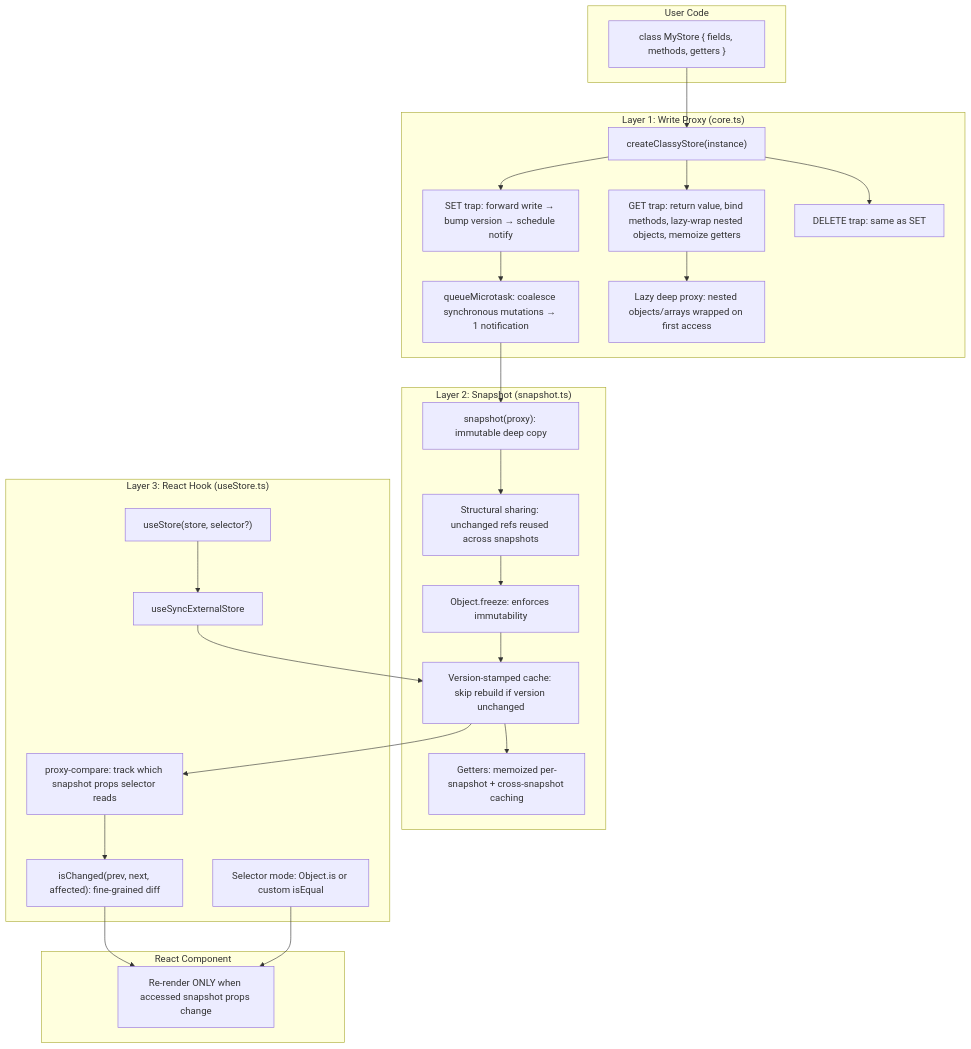
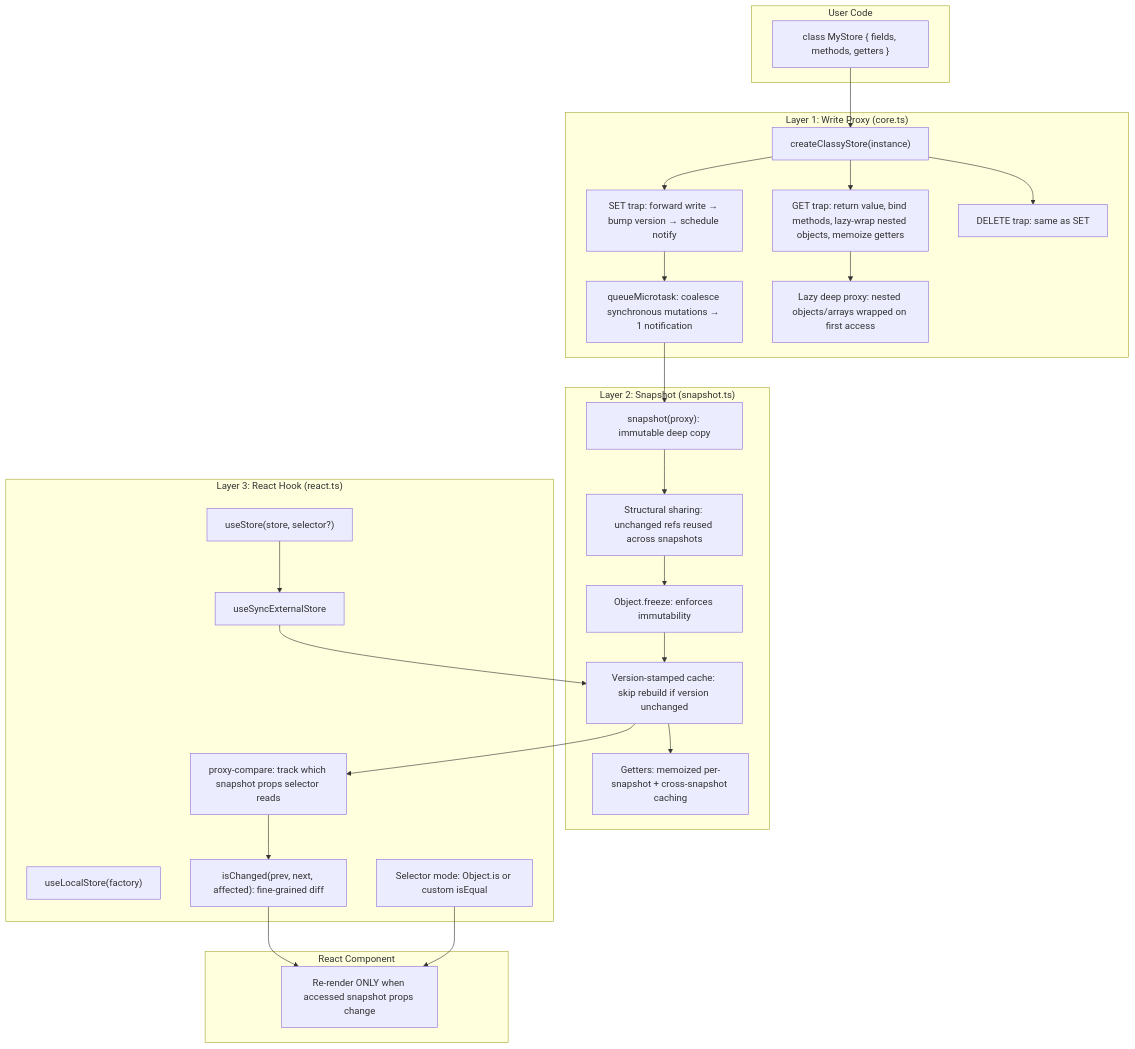
Before and after one commit to codeBelt/classy-store: the first of 9 diagrams in website/docs/ARCHITECTURE.md, drawn with Mermaid. The commit also changed other lines of this file and 24 other files, not shown here.

````diff
--- a/website/docs/ARCHITECTURE.md
+++ b/website/docs/ARCHITECTURE.md
@@ -9,53 +9,54 @@
 ```mermaid
 flowchart TB
   subgraph userCode ["User Code"]
     ClassDef["class MyStore { fields, methods, getters }"]
   end
 
   subgraph layer1 ["Layer 1: Write Proxy (core.ts)"]
     storeFn["createClassyStore(instance)"]
     SetTrap["SET trap: forward write → bump version → schedule notify"]
     GetTrap["GET trap: return value, bind methods, lazy-wrap nested objects, memoize getters"]
     DeleteTrap["DELETE trap: same as SET"]
     Batch["queueMicrotask: coalesce synchronous mutations → 1 notification"]
     DeepProxy["Lazy deep proxy: nested objects/arrays wrapped on first access"]
   end
 
   subgraph layer2 ["Layer 2: Snapshot (snapshot.ts)"]
     SnapshotFn["snapshot(proxy): immutable deep copy"]
     StructuralShare["Structural sharing: unchanged refs reused across snapshots"]
     Freeze["Object.freeze: enforces immutability"]
     VersionCache["Version-stamped cache: skip rebuild if version unchanged"]
     GetterEval["Getters: memoized per-snapshot + cross-snapshot caching"]
   end
 
-  subgraph layer3 ["Layer 3: React Hook (useStore.ts)"]
+  subgraph layer3 ["Layer 3: React Hook (react.ts)"]
     UseStore["useStore(store, selector?)"]
+    UseLocalStore["useLocalStore(factory)"]
     USES["useSyncExternalStore"]
     ProxyCompare["proxy-compare: track which snapshot props selector reads"]
     IsChanged["isChanged(prev, next, affected): fine-grained diff"]
     SelectorMode["Selector mode: Object.is or custom isEqual"]
   end
 
   subgraph component ["React Component"]
     Render["Re-render ONLY when accessed snapshot props change"]
   end
 
   ClassDef --> storeFn
   storeFn --> SetTrap
   storeFn --> GetTrap
   storeFn --> DeleteTrap
   SetTrap --> Batch
   Batch --> SnapshotFn
   GetTrap --> DeepProxy
   SnapshotFn --> StructuralShare
   StructuralShare --> Freeze
   Freeze --> VersionCache
   VersionCache --> GetterEval
   UseStore --> USES
   USES --> VersionCache
   VersionCache --> ProxyCompare
   ProxyCompare --> IsChanged
   IsChanged --> Render
   SelectorMode --> Render
 ```
````
